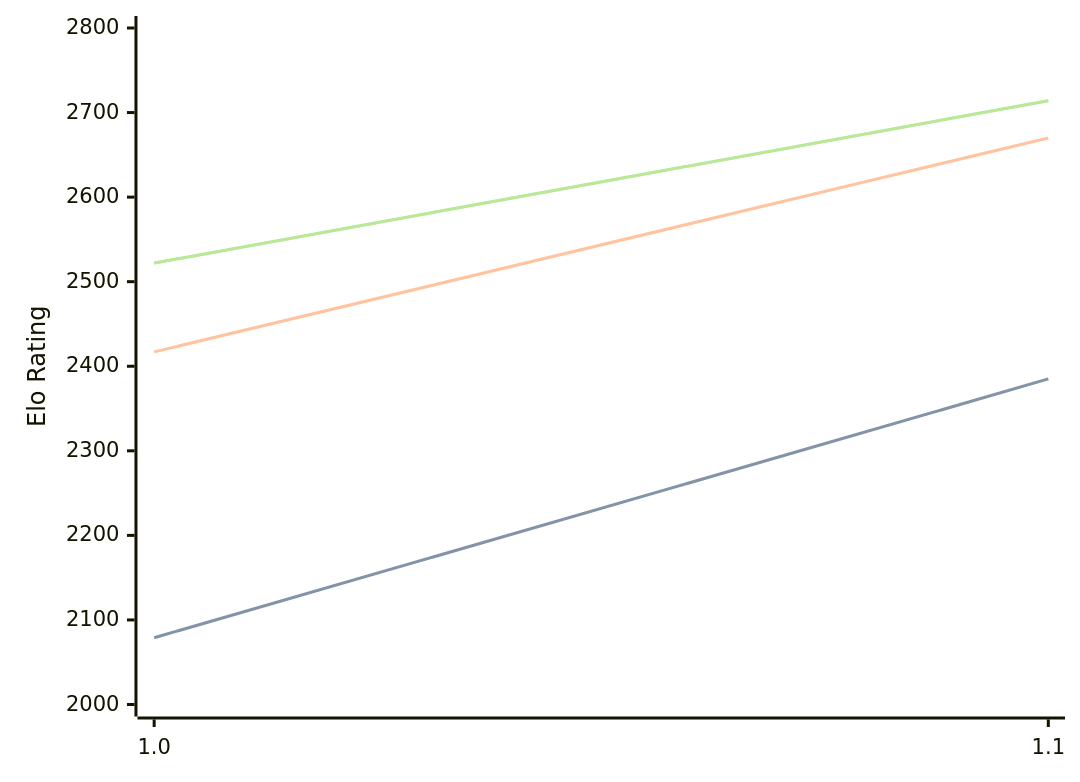
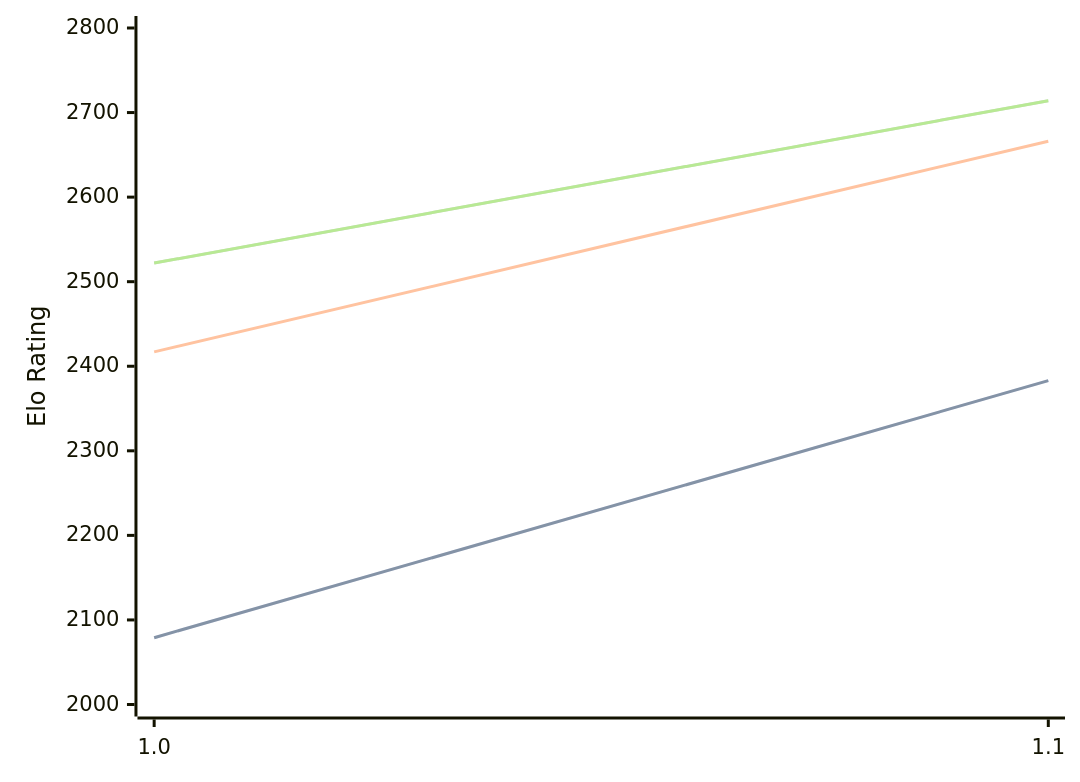
The diagram in engines/Erinn.md (computer-chess-index/cci), drawn with Mermaid before and after one commit. The commit also changed other lines of this file, not shown here.

````diff
--- a/engines/Erinn.md
+++ b/engines/Erinn.md
@@ -32,11 +32,11 @@
 ```mermaid
 %%{init: {"theme":"base","themeVariables":{"seriesColors:['#a3a3a3','#222221','#faa371']}}}%%
 xychart-beta
   x-axis ["1.0", "1.1"]
   y-axis "Elo Rating" 2000 --> 2800
-  line "STC (8.0+0.08s)" [2079, 2385]
-  line "STC (8.0+0.08s)" [2079, 2385]
-  line "LTC (60.0+0.60s)" [2417, 2670]
+  line "STC (8.0+0.08s)" [2079, 2383]
+  line "STC (8.0+0.08s)" [2079, 2383]
+  line "LTC (60.0+0.60s)" [2417, 2666]
   line "VLTC (2m24s+1.12s)" [2522, 2714]
   line "VLTC (2m24s+1.12s)" [2522, 2714]
 ```
````
